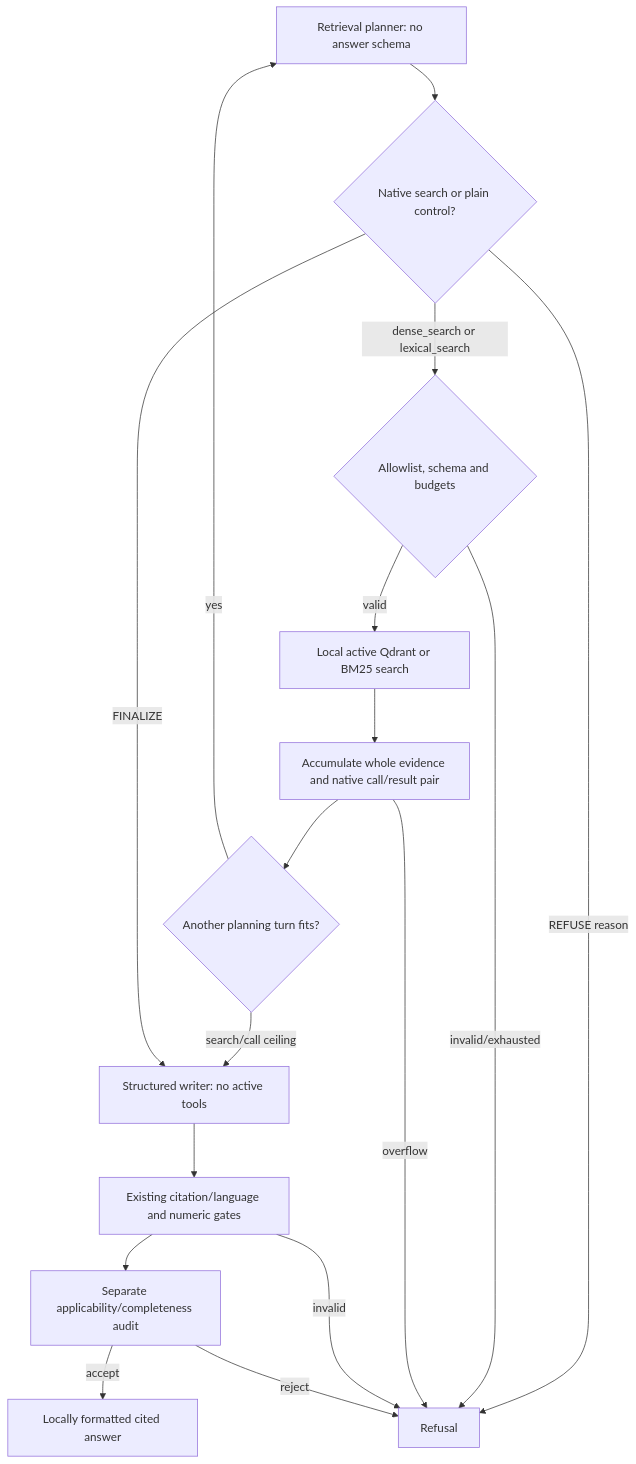
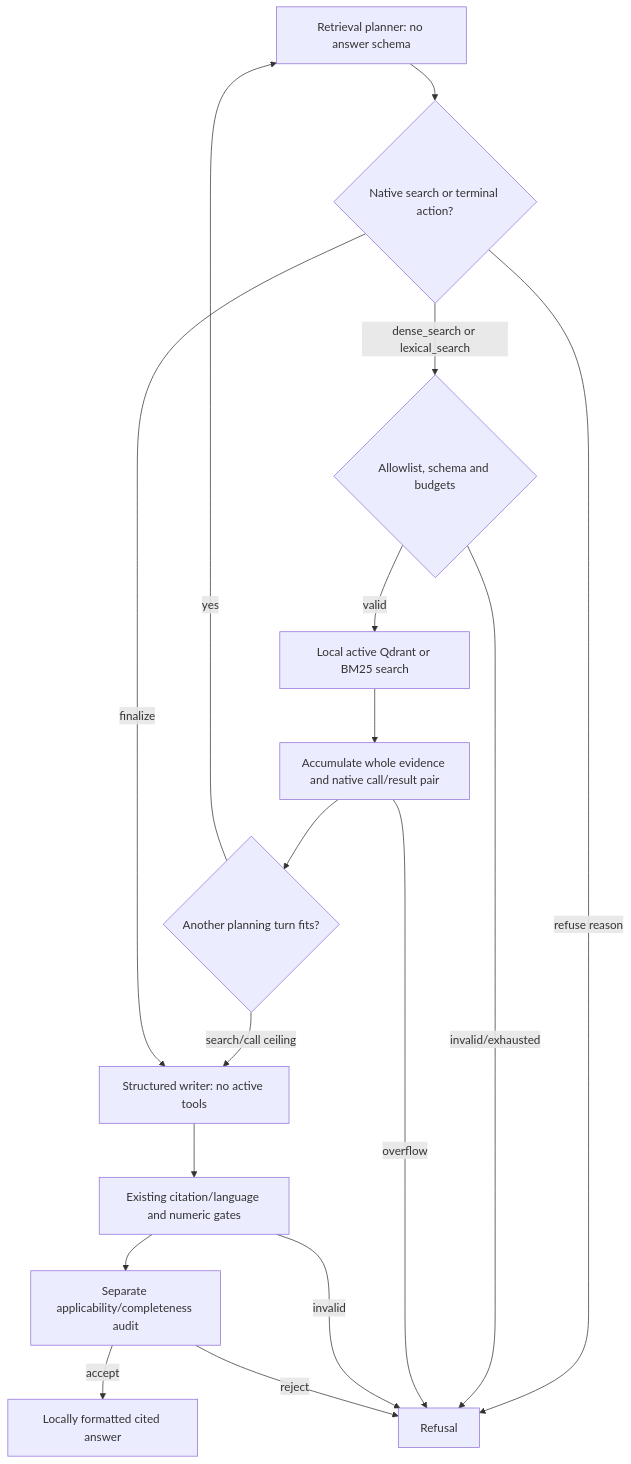
Before and after one commit to cryptoadya/garage-rag: the second of 2 diagrams in docs/architecture.md, drawn with Mermaid. The commit also changed other lines of this file and 10 other files, not shown here.

Commit message:
fix: use native terminal actions in agentic planner

````diff
--- a/docs/architecture.md
+++ b/docs/architecture.md
@@ -105,19 +105,19 @@
 ```mermaid
 flowchart TD
-    M[Retrieval planner: no answer schema] --> C{Native search or plain control?}
+    M[Retrieval planner: no answer schema] --> C{Native search or terminal action?}
     C -- dense_search or lexical_search --> G{Allowlist, schema and budgets}
     G -- valid --> L[Local active Qdrant or BM25 search]
     L --> E[Accumulate whole evidence and native call/result pair]
     E --> B{Another planning turn fits?}
     B -- yes --> M
     B -- search/call ceiling --> D[Structured writer: no active tools]
-    C -- FINALIZE --> D
-    C -- REFUSE reason --> F[Refusal]
+    C -- finalize --> D
+    C -- refuse reason --> F[Refusal]
     D --> V[Existing citation/language and numeric gates]
     V --> A[Separate applicability/completeness audit]
     A -- accept --> O[Locally formatted cited answer]
     G -- invalid/exhausted --> F
     E -- overflow --> F
     V -- invalid --> F
     A -- reject --> F
 ```
````
